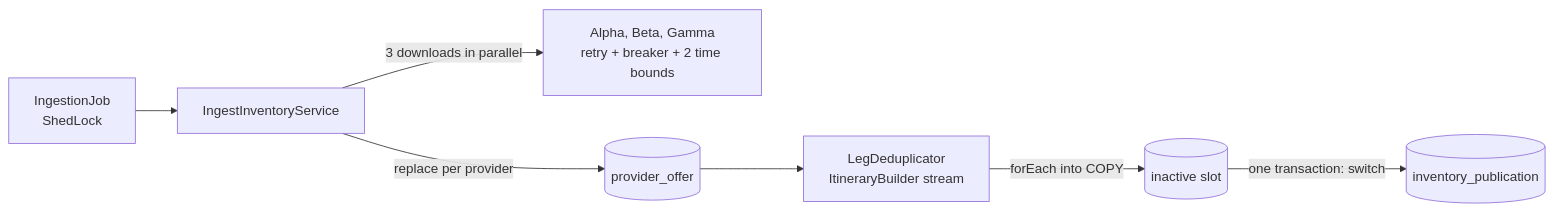
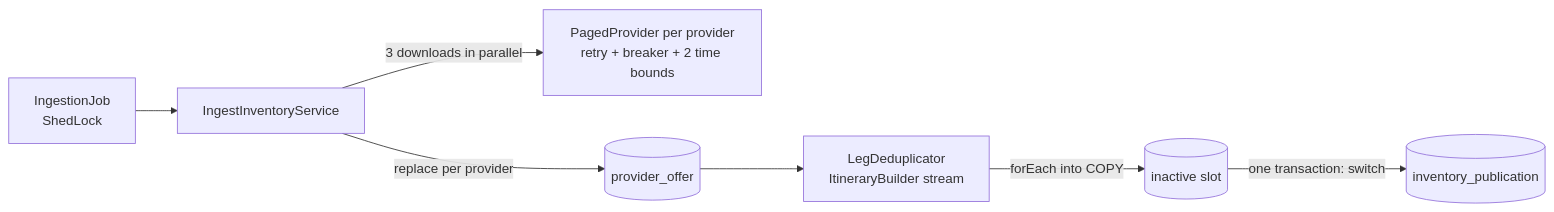
The diagram in docs/architecture/ingestion.md (dromero001/flight-aggregator), drawn with Mermaid before and after one commit. The commit also changed other lines of this file and 5 other files, not shown here.

````diff
--- a/docs/architecture/ingestion.md
+++ b/docs/architecture/ingestion.md
@@ -5,9 +5,9 @@
 ```mermaid
 flowchart LR
     job[IngestionJob<br/>ShedLock] --> svc[IngestInventoryService]
-    svc -->|3 downloads in parallel| prov[Alpha, Beta, Gamma<br/>retry + breaker + 2 time bounds]
+    svc -->|3 downloads in parallel| prov[PagedProvider per provider<br/>retry + breaker + 2 time bounds]
     svc -->|replace per provider| offers[(provider_offer)]
     offers --> dedup[LegDeduplicator<br/>ItineraryBuilder stream]
     dedup -->|forEach into COPY| slot[(inactive slot)]
     slot -->|one transaction: switch| pub[(inventory_publication)]
 ```
````
